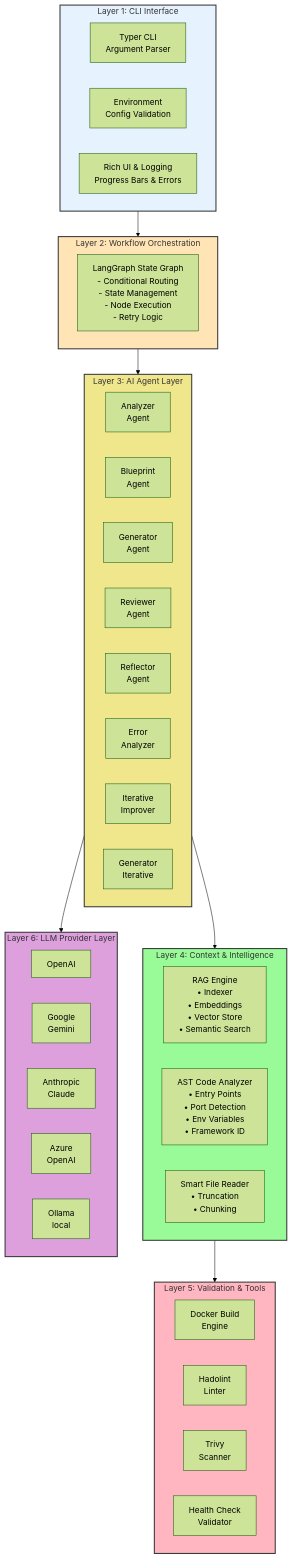
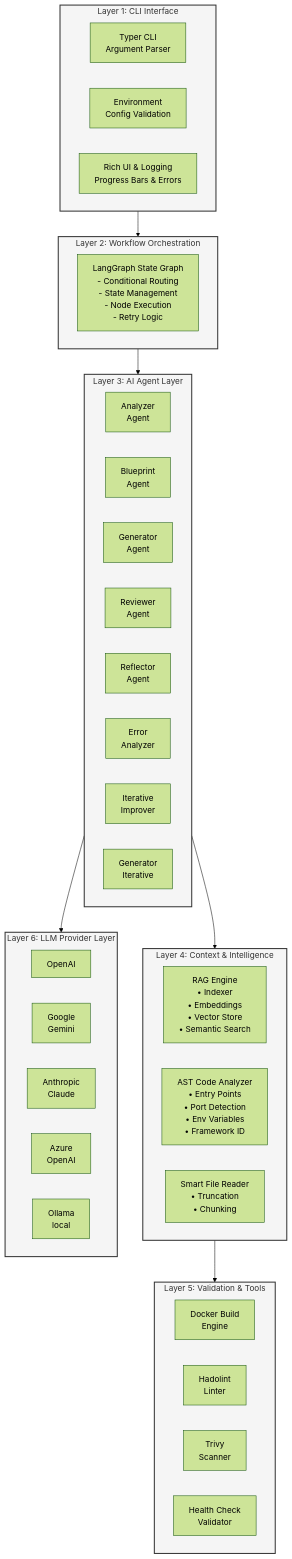
One commit to actions-marketplace-validations/itzzjb_dockai changed the first of 2 diagrams in docs/architecture.md. Above: the diagram before and after it, drawn with Mermaid (forest theme). The commit also changed other lines of this file and 5 other files, not shown here.

Commit message:
feat: set up Jekyll documentation site with GitHub Pages deployment and updated Mermaid diagram styles.

````diff
--- a/docs/architecture.md
+++ b/docs/architecture.md
@@ -32,57 +32,57 @@
 ```mermaid
 graph TB
     subgraph Layer1["Layer 1: CLI Interface"]
         CLI[Typer CLI<br/>Argument Parser]
         ENV[Environment<br/>Config Validation]
         UI[Rich UI & Logging<br/>Progress Bars & Errors]
     end
     
     subgraph Layer2["Layer 2: Workflow Orchestration"]
         LG[LangGraph State Graph<br/>- Conditional Routing<br/>- State Management<br/>- Node Execution<br/>- Retry Logic]
     end
     
     subgraph Layer3["Layer 3: AI Agent Layer"]
         A1[Analyzer<br/>Agent]
         A2[Blueprint<br/>Agent]
         A3[Generator<br/>Agent]
         A4[Reviewer<br/>Agent]
         A5[Reflector<br/>Agent]
         A6[Error<br/>Analyzer]
         A7[Iterative<br/>Improver]
         A8[Generator<br/>Iterative]
     end
     
     subgraph Layer4["Layer 4: Context & Intelligence"]
         RAG[RAG Engine<br/>• Indexer<br/>• Embeddings<br/>• Vector Store<br/>• Semantic Search]
         AST[AST Code Analyzer<br/>• Entry Points<br/>• Port Detection<br/>• Env Variables<br/>• Framework ID]
         FR[Smart File Reader<br/>• Truncation<br/>• Chunking]
     end
     
     subgraph Layer5["Layer 5: Validation & Tools"]
         DB[Docker Build<br/>Engine]
         HL[Hadolint<br/>Linter]
         TV[Trivy<br/>Scanner]
         HC[Health Check<br/>Validator]
     end
     
     subgraph Layer6["Layer 6: LLM Provider Layer"]
         OAI[OpenAI]
         GEM[Google<br/>Gemini]
         ANT[Anthropic<br/>Claude]
         AZ[Azure<br/>OpenAI]
         OL[Ollama<br/>local]
     end
     
     Layer1 --> Layer2
     Layer2 --> Layer3
     Layer3 --> Layer4
     Layer4 --> Layer5
     Layer3 --> Layer6
     
-    style Layer1 fill:#E6F3FF,stroke:#333,stroke-width:2px
-    style Layer2 fill:#FFE4B5,stroke:#333,stroke-width:2px
-    style Layer3 fill:#F0E68C,stroke:#333,stroke-width:2px
-    style Layer4 fill:#98FB98,stroke:#333,stroke-width:2px
-    style Layer5 fill:#FFB6C1,stroke:#333,stroke-width:2px
-    style Layer6 fill:#DDA0DD,stroke:#333,stroke-width:2px
+    style Layer1 fill:#f5f5f5,stroke:#333,stroke-width:2px
+    style Layer2 fill:#f5f5f5,stroke:#333,stroke-width:2px
+    style Layer3 fill:#f5f5f5,stroke:#333,stroke-width:2px
+    style Layer4 fill:#f5f5f5,stroke:#333,stroke-width:2px
+    style Layer5 fill:#f5f5f5,stroke:#333,stroke-width:2px
+    style Layer6 fill:#f5f5f5,stroke:#333,stroke-width:2px
 ```
````
